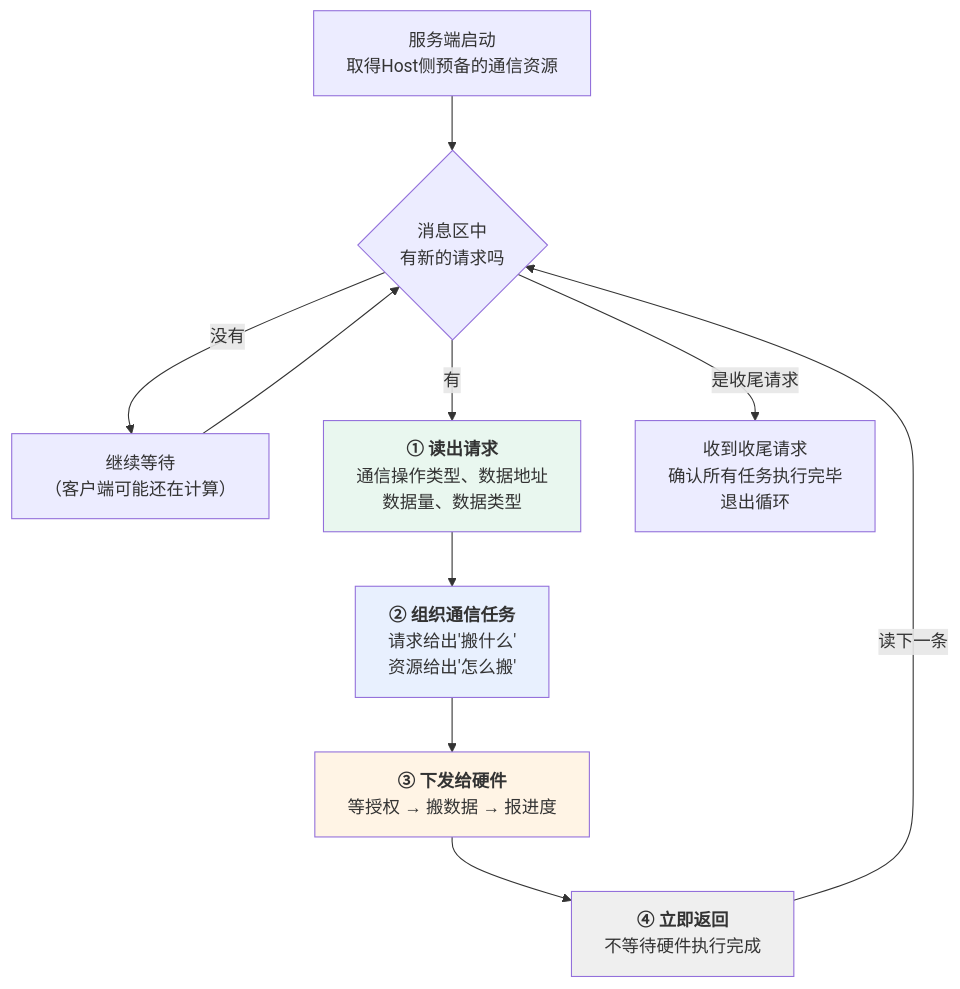
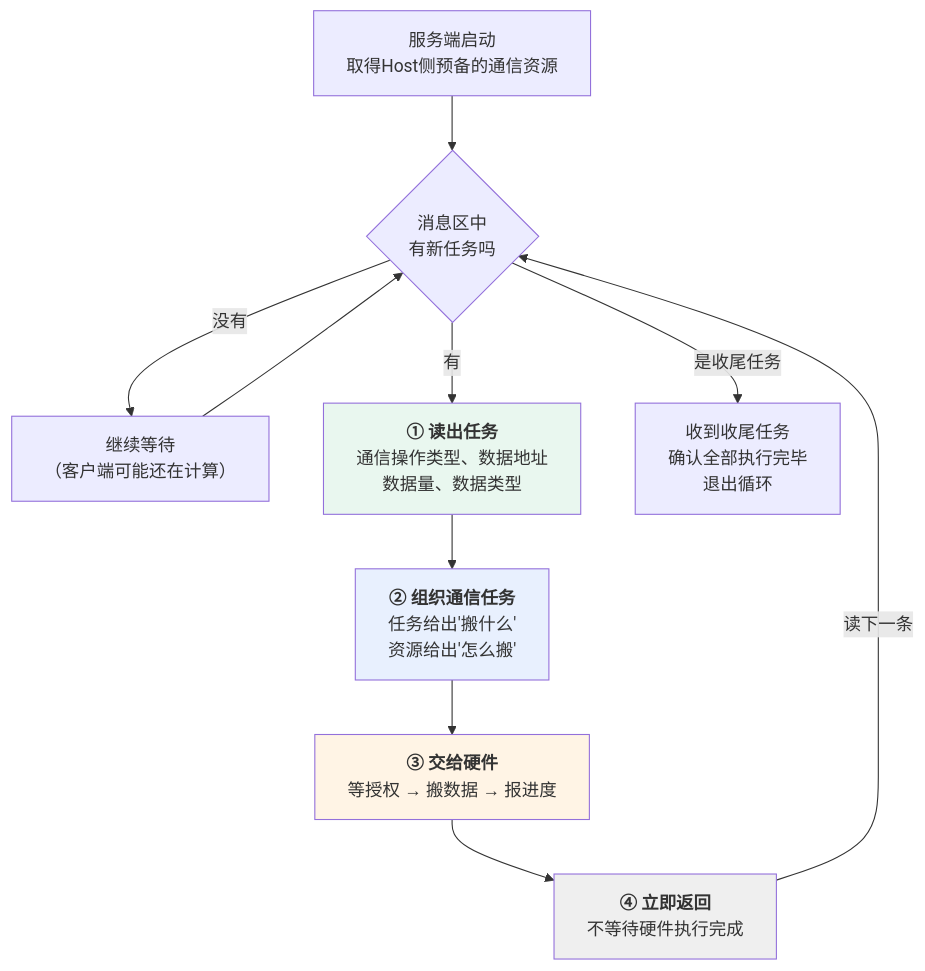
One commit to Atlas-Ascend-Fork/asc-comm changed the seventh of 7 diagrams in docs/zh/编程模型/MC2编程模型/通信模型planB.md. Above: the diagram before and after it, drawn with Mermaid. The commit also changed other lines of this file, not shown here.

````diff
--- a/docs/zh/编程模型/MC2编程模型/通信模型planB.md
+++ b/docs/zh/编程模型/MC2编程模型/通信模型planB.md
@@ -325,24 +408,24 @@
 ```mermaid
 flowchart TB
     START["服务端启动<br/>取得Host侧预备的通信资源"]
-    CHECK{"消息区中<br/>有新的请求吗"}
+    CHECK{"消息区中<br/>有新任务吗"}
     WAIT["继续等待<br/>（客户端可能还在计算）"]
-    READ["<b>① 读出请求</b><br/>通信操作类型、数据地址<br/>数据量、数据类型"]
-    BUILD["<b>② 组织通信任务</b><br/>请求给出'搬什么'<br/>资源给出'怎么搬'"]
-    ISSUE["<b>③ 下发给硬件</b><br/>等授权 → 搬数据 → 报进度"]
+    READ["<b>① 读出任务</b><br/>通信操作类型、数据地址<br/>数据量、数据类型"]
+    BUILD["<b>② 组织通信任务</b><br/>任务给出'搬什么'<br/>资源给出'怎么搬'"]
+    ISSUE["<b>③ 交给硬件</b><br/>等授权 → 搬数据 → 报进度"]
     BACK["<b>④ 立即返回</b><br/>不等待硬件执行完成"]
-    FIN["收到收尾请求<br/>确认所有任务执行完毕<br/>退出循环"]
+    FIN["收到收尾任务<br/>确认全部执行完毕<br/>退出循环"]
 
     START --> CHECK
     CHECK -->|"没有"| WAIT
     WAIT --> CHECK
     CHECK -->|"有"| READ
     READ --> BUILD --> ISSUE --> BACK
     BACK -->|"读下一条"| CHECK
-    CHECK -->|"是收尾请求"| FIN
+    CHECK -->|"是收尾任务"| FIN
 
     style READ fill:#e9f7ef
     style BUILD fill:#e8f0fe
     style ISSUE fill:#fff4e5
     style BACK fill:#efefef
 ```
````
